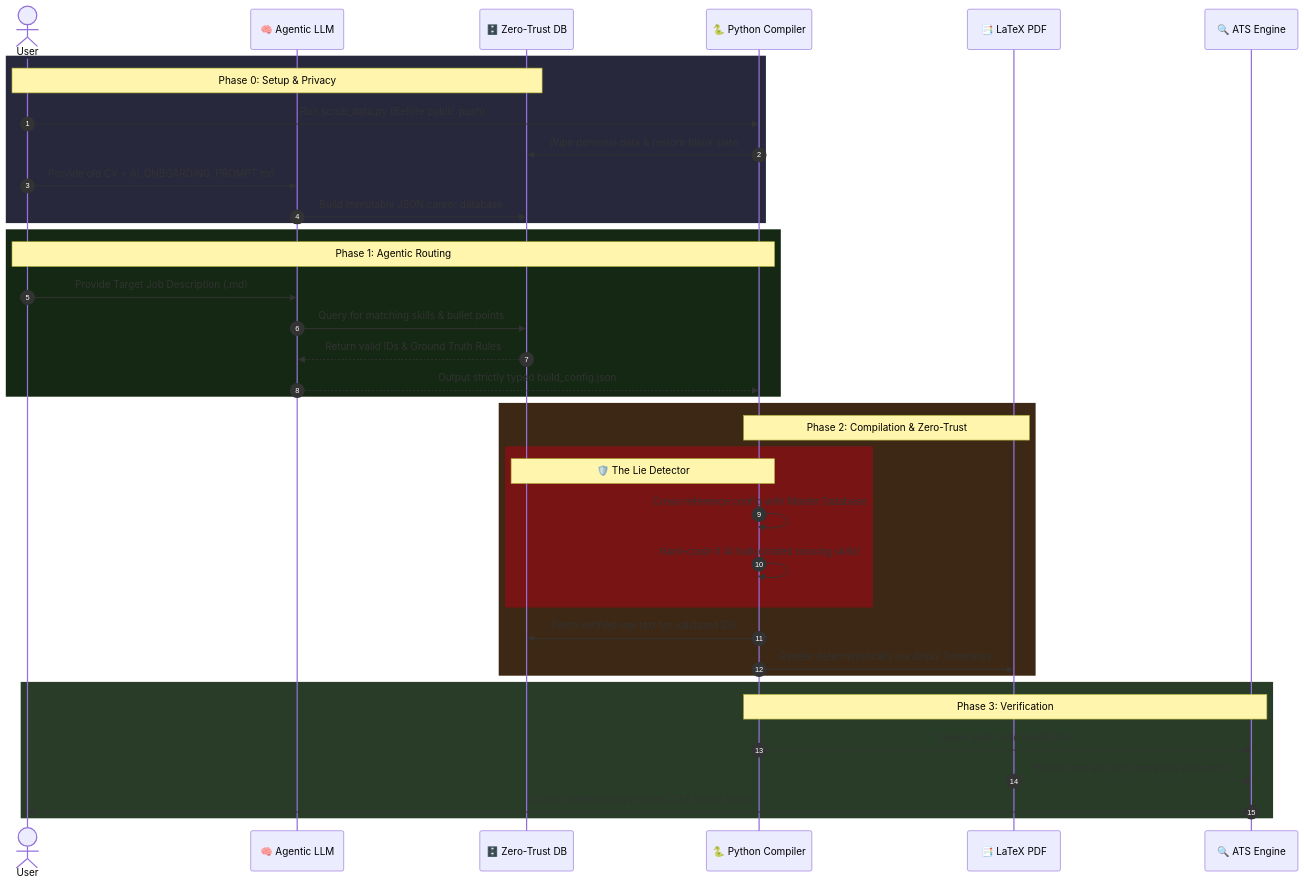
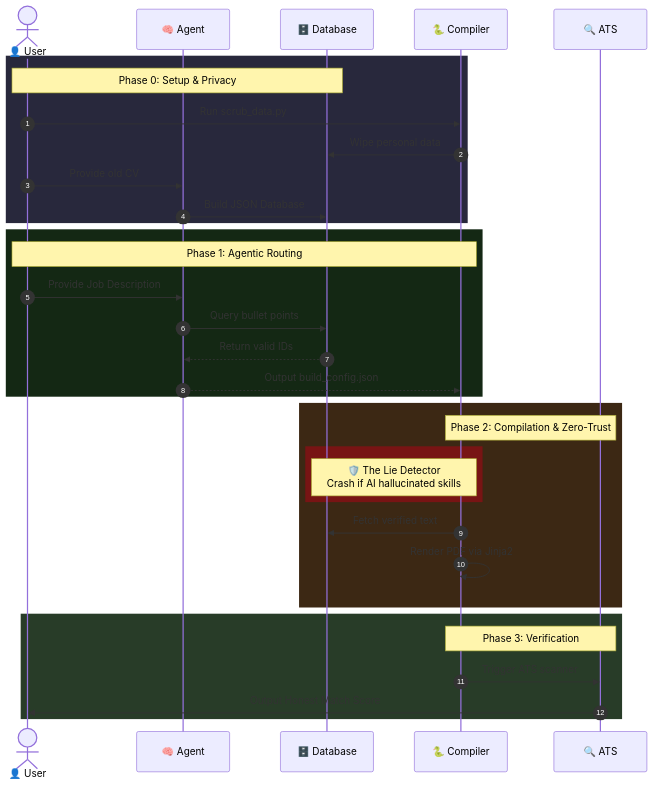
The diagram in README.md (Gotili/EigenCV), drawn with Mermaid before and after one commit.

Commit message:
image test

````diff
--- a/README.md
+++ b/README.md
@@ -96,45 +96,41 @@
 ```mermaid
 sequenceDiagram
     autonumber
-    actor User
-    participant LLM as 🧠 Agentic LLM
-    participant DB as 🗄️ Zero-Trust DB
-    participant Core as 🐍 Python Compiler
-    participant PDF as 📑 LaTeX PDF
-    participant ATS as 🔍 ATS Engine
+    actor U as 👤 User
+    participant LLM as 🧠 Agent
+    participant DB as 🗄️ Database
+    participant Py as 🐍 Compiler
+    participant ATS as 🔍 ATS
 
     rect rgb(40, 40, 60)
-    Note over User,DB: Phase 0: Setup & Privacy
-    User->>Core: Run scrub_data.py (Before public push)
-    Core->>DB: Wipe personal data & restore blank slate
-    User->>LLM: Provide old CV + AI_ONBOARDING_PROMPT.md
-    LLM->>DB: Build immutable JSON career database
+    Note over U,DB: Phase 0: Setup & Privacy
+    U->>Py: Run scrub_data.py
+    Py->>DB: Wipe personal data
+    U->>LLM: Provide old CV
+    LLM->>DB: Build JSON Database
     end
 
     rect rgb(20, 40, 20)
-    Note over User,Core: Phase 1: Agentic Routing
-    User->>LLM: Provide Target Job Description (.md)
-    LLM->>DB: Query for matching skills & bullet points
-    DB-->>LLM: Return valid IDs & Ground Truth Rules
-    LLM-->>Core: Output strictly typed build_config.json
+    Note over U,Py: Phase 1: Agentic Routing
+    U->>LLM: Provide Job Description
+    LLM->>DB: Query bullet points
+    DB-->>LLM: Return valid IDs
+    LLM-->>Py: Output build_config.json
     end
     
     rect rgb(60, 40, 20)
-    Note over Core,PDF: Phase 2: Compilation & Zero-Trust
+    Note over Py,ATS: Phase 2: Compilation & Zero-Trust
     rect rgb(120, 20, 20)
-    Note over Core,DB: 🛡️ The Lie Detector
-    Core->>Core: Cross-reference config with Master Database
-    Core->>Core: Hard-crash if AI hallucinated missing skills!
+    Note over Py,DB: 🛡️ The Lie Detector<br>Crash if AI hallucinated skills
     end
     
-    Core->>DB: Fetch verified raw text for validated IDs
-    Core->>PDF: Render deterministically via Jinja2 Templates
+    Py->>DB: Fetch verified text
+    Py->>Py: Render PDF via Jinja2
     end
     
     rect rgb(40, 60, 40)
-    Note over Core,ATS: Phase 3: Verification
-    Core->>ATS: Trigger post-build verification
-    PDF-->>ATS: Extract raw text from compiled document
-    ATS->>User: Output mathematically honest ATS Match Score
+    Note over Py,ATS: Phase 3: Verification
+    Py->>ATS: Trigger ATS scanner
+    ATS->>U: Output Honest Match Score
     end
 ```
````
